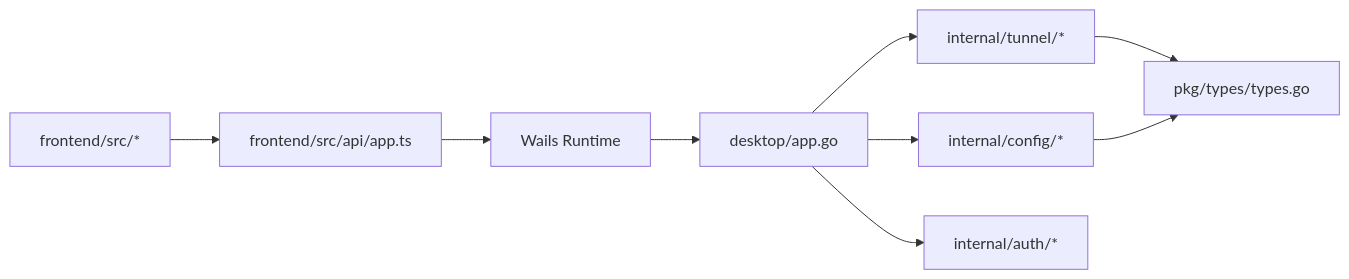
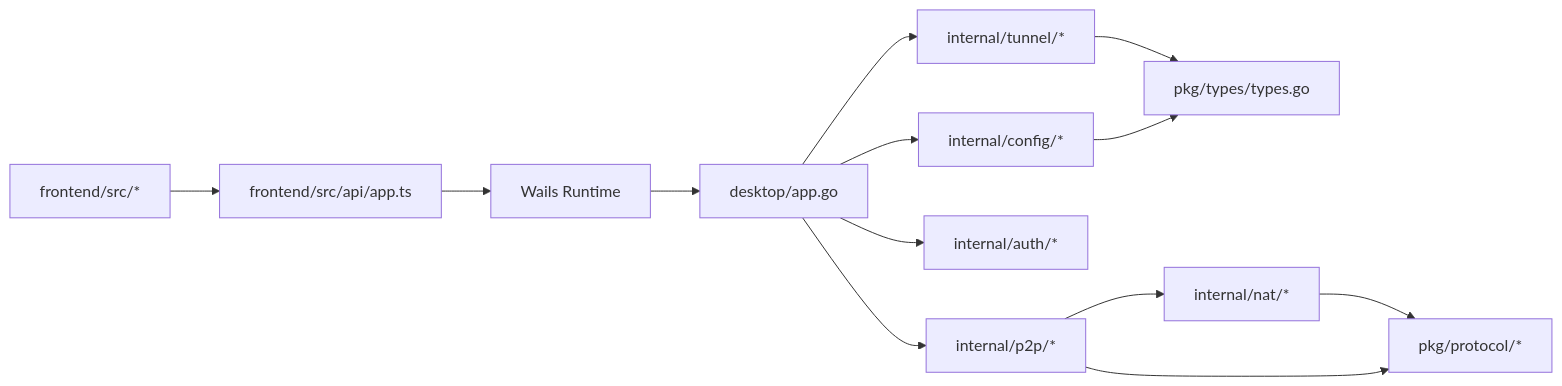
Diagram 15 of 15 in .qoder/repowiki/zh/content/桌面端应用/桌面端应用.md (itsharex/NexTunnel), drawn with Mermaid before and after one commit. The commit also changed other lines of this file and 6 other files, not shown here.

First line of the commit message:
docs(progress): 更新项目进度，标记 Phase 2 完成并完善相关文档和视图

````diff
--- a/.qoder/repowiki/zh/content/桌面端应用/桌面端应用.md
+++ b/.qoder/repowiki/zh/content/桌面端应用/桌面端应用.md
@@ -304,11 +559,15 @@
 ```mermaid
 graph LR
 FE["frontend/src/*"] --> API["frontend/src/api/app.ts"]
 API --> RT["Wails Runtime"]
 RT --> BE["desktop/app.go"]
 BE --> T["internal/tunnel/*"]
 BE --> C["internal/config/*"]
 BE --> A["internal/auth/*"]
+BE --> P["internal/p2p/*"]
+P --> N["internal/nat/*"]
 T --> TY["pkg/types/types.go"]
+P --> PR["pkg/protocol/*"]
 C --> TY
+N --> PR
 ```
````
